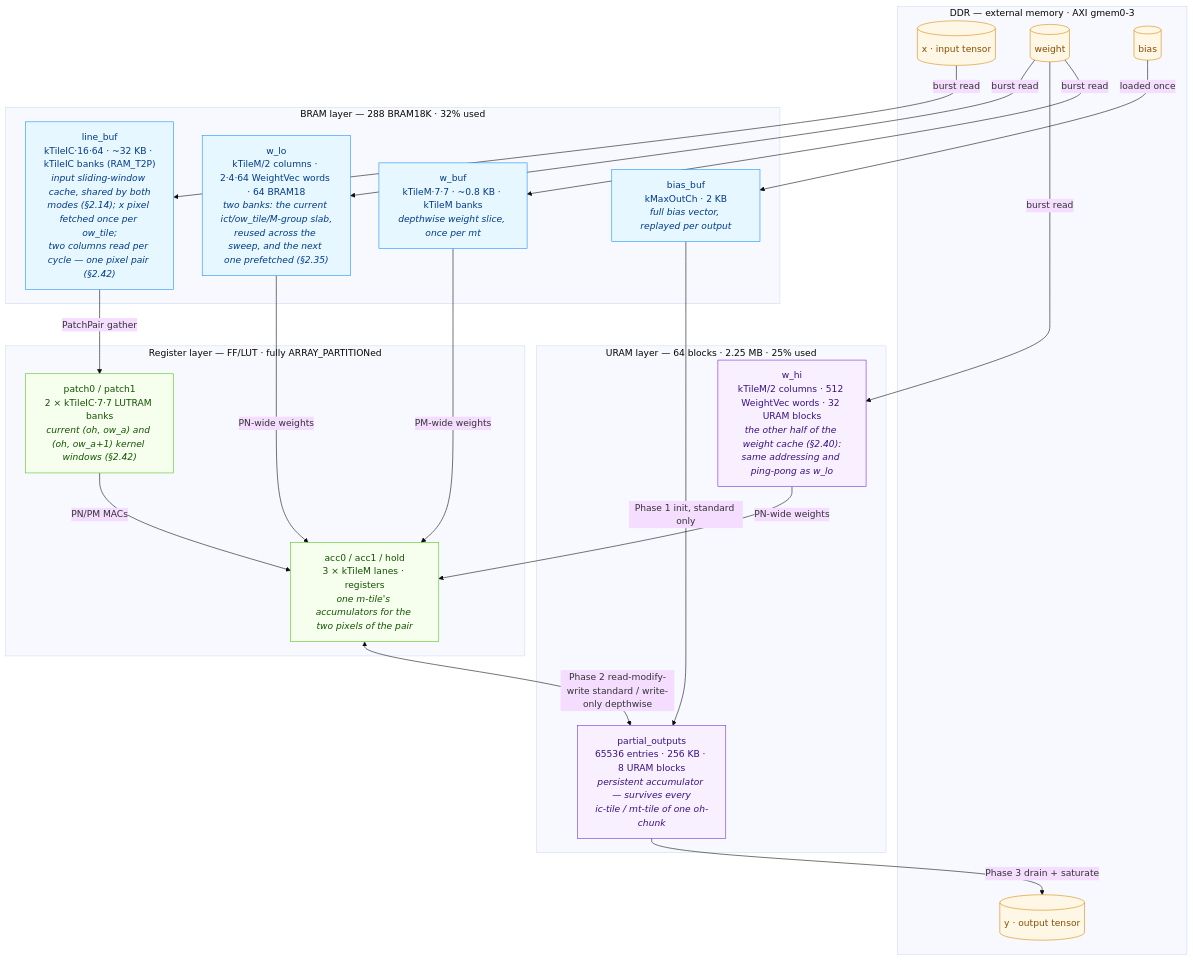
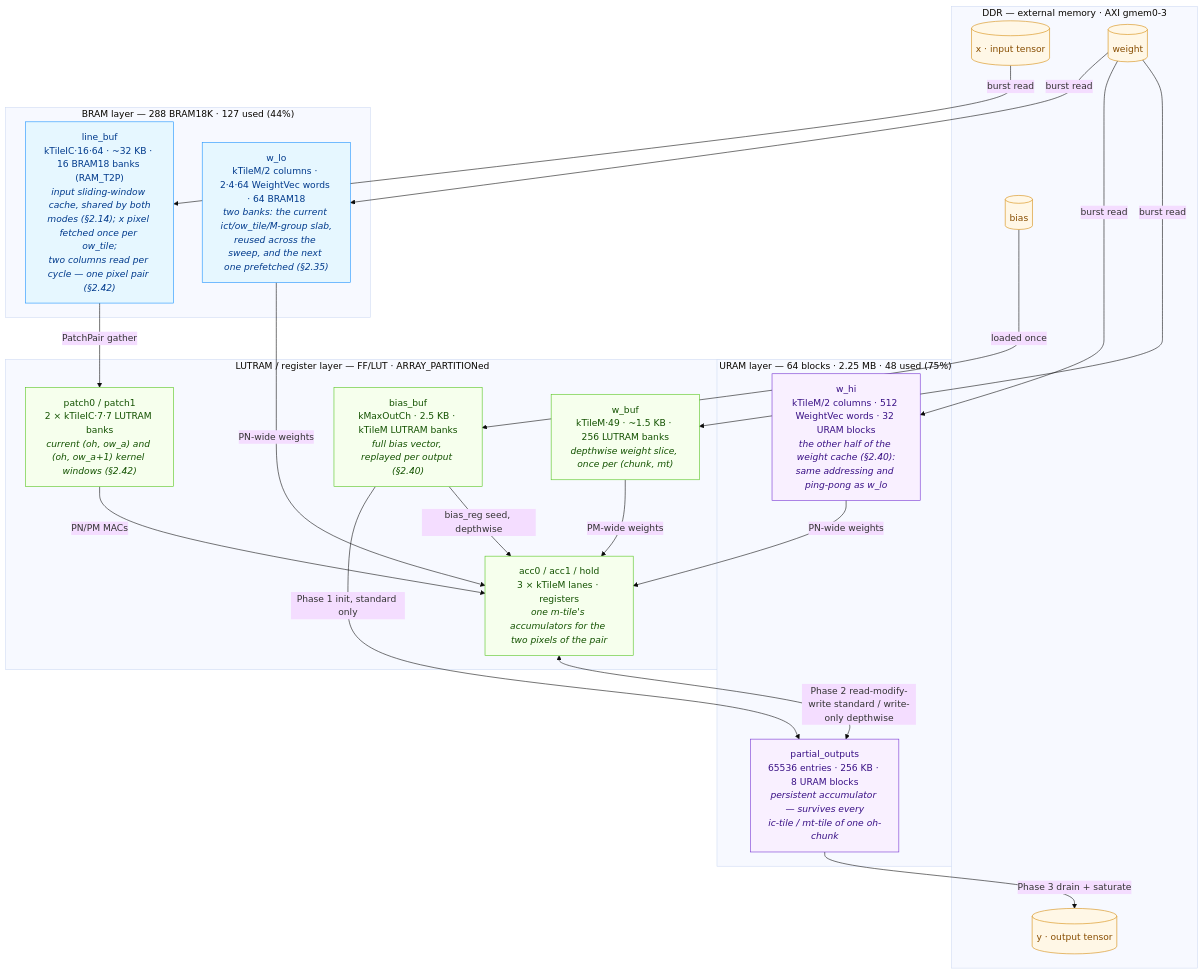
Before and after one commit to phoenix367/cormorant: the diagram in doc/CONV_KERNEL.md, drawn with Mermaid (base theme). The commit also changed other lines of this file and 34 other files, not shown here.

````diff
--- a/doc/CONV_KERNEL.md
+++ b/doc/CONV_KERNEL.md
@@ -116,49 +130,50 @@
 ```mermaid
 flowchart TB
     subgraph DDR["DDR — external memory · AXI gmem0-3"]
         Xd[("x · input tensor")]
         Wd[("weight")]
         Bd[("bias")]
         Yd[("y · output tensor")]
     end
 
-    subgraph URAML["URAM layer — 64 blocks · 2.25 MB · 25% used"]
+    subgraph URAML["URAM layer — 64 blocks · 2.25 MB · 48 used (75%)"]
         PO["partial_outputs<br/>65536 entries · 256 KB · 8 URAM blocks<br/><i>persistent accumulator — survives every<br/>ic-tile / mt-tile of one oh-chunk</i>"]
         WH["w_hi<br/>kTileM/2 columns · 512 WeightVec words · 32 URAM blocks<br/><i>the other half of the weight cache (§2.40):<br/>same addressing and ping-pong as w_lo</i>"]
     end
 
-    subgraph BRAML["BRAM layer — 288 BRAM18K · 32% used"]
-        LB["line_buf<br/>kTileIC·16·64 · ~32 KB · kTileIC banks (RAM_T2P)<br/><i>input sliding-window cache, shared by both<br/>modes (§2.14); x pixel fetched once per ow_tile;<br/>two columns read per cycle — one pixel pair (§2.42)</i>"]
+    subgraph BRAML["BRAM layer — 288 BRAM18K · 127 used (44%)"]
+        LB["line_buf<br/>kTileIC·16·64 · ~32 KB · 16 BRAM18 banks (RAM_T2P)<br/><i>input sliding-window cache, shared by both<br/>modes (§2.14); x pixel fetched once per ow_tile;<br/>two columns read per cycle — one pixel pair (§2.42)</i>"]
         WC["w_lo<br/>kTileM/2 columns · 2·4·64 WeightVec words · 64 BRAM18<br/><i>two banks: the current ict/ow_tile/M-group slab,<br/>reused across the sweep, and the next one prefetched (§2.35)</i>"]
-        WB["w_buf<br/>kTileM·7·7 · ~0.8 KB · kTileM banks<br/><i>depthwise weight slice, once per mt</i>"]
-        BB["bias_buf<br/>kMaxOutCh · 2 KB<br/><i>full bias vector, replayed per output</i>"]
     end
 
-    subgraph REGL["Register layer — FF/LUT · fully ARRAY_PARTITIONed"]
+    subgraph REGL["LUTRAM / register layer — FF/LUT · ARRAY_PARTITIONed"]
+        WB["w_buf<br/>kTileM·49 · ~1.5 KB · 256 LUTRAM banks<br/><i>depthwise weight slice, once per (chunk, mt)</i>"]
+        BB["bias_buf<br/>kMaxOutCh · 2.5 KB · kTileM LUTRAM banks<br/><i>full bias vector, replayed per output (§2.40)</i>"]
         PA["patch0 / patch1<br/>2 × kTileIC·7·7 LUTRAM banks<br/><i>current (oh, ow_a) and (oh, ow_a+1) kernel windows (§2.42)</i>"]
         AC["acc0 / acc1 / hold<br/>3 × kTileM lanes · registers<br/><i>one m-tile's accumulators for the two pixels of the pair</i>"]
     end
 
     Xd -->|burst read| LB
     Wd -->|burst read| WC
     Wd -->|burst read| WH
     WH -->|PN-wide weights| AC
     Wd -->|burst read| WB
     Bd -->|loaded once| BB
     LB -->|PatchPair gather| PA
     WC -->|PN-wide weights| AC
     WB -->|PM-wide weights| AC
     PA -->|PN/PM MACs| AC
     BB -->|Phase 1 init, standard only| PO
+    BB -->|bias_reg seed, depthwise| AC
     AC <-->|Phase 2 read-modify-write standard / write-only depthwise| PO
     PO -->|Phase 3 drain + saturate| Yd
 
     classDef ddr fill:#fff7e6,stroke:#d48806,color:#874d00
     classDef uram fill:#f9f0ff,stroke:#722ed1,color:#391085
     classDef bram fill:#e6f7ff,stroke:#1890ff,color:#003a8c
     classDef reg fill:#f6ffed,stroke:#52c41a,color:#135200
     class Xd,Wd,Bd,Yd ddr
     class PO,WH uram
-    class LB,WC,WB,BB bram
-    class PA,AC reg
+    class LB,WC bram
+    class WB,BB,PA,AC reg
 ```
````
